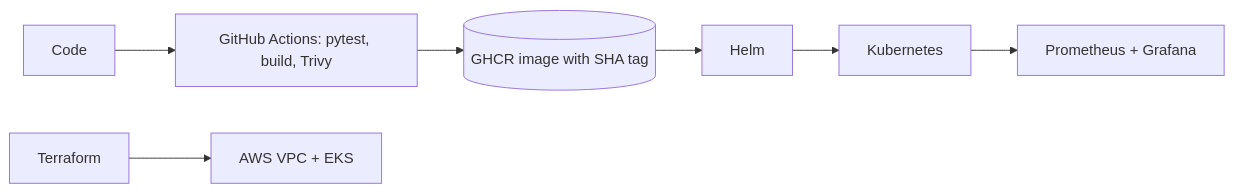
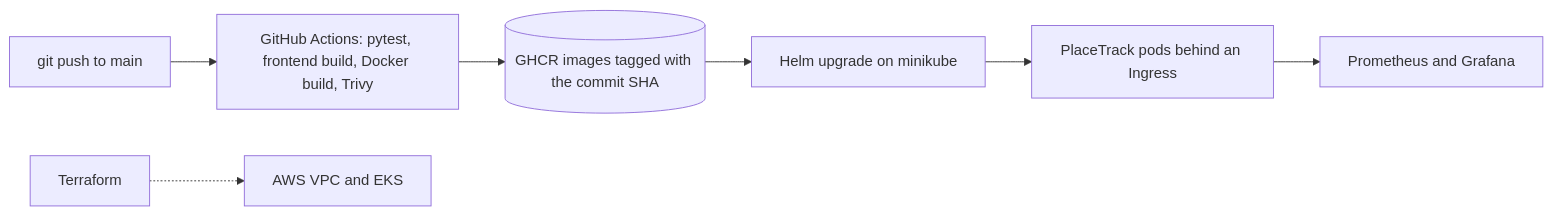
Before and after one commit to Raghavendra1729-cell/placetrack-devops-capstone: the diagram in README.md, drawn with Mermaid. The commit also changed other lines of this file and 2 other files, not shown here.

````diff
--- a/README.md
+++ b/README.md
@@ -9,9 +13,9 @@
 ```mermaid
 flowchart LR
-    Code --> CI[GitHub Actions: pytest, build, Trivy]
-    CI --> R[(GHCR image with SHA tag)]
-    TF[Terraform] --> AWS[AWS VPC + EKS]
-    R --> H[Helm]
-    H --> K[Kubernetes]
-    K --> M[Prometheus + Grafana]
+    Push["git push to main"] --> CI["GitHub Actions: pytest, frontend build, Docker build, Trivy"]
+    CI --> GHCR[("GHCR images tagged with the commit SHA")]
+    GHCR --> Helm["Helm upgrade on minikube"]
+    Helm --> App["PlaceTrack pods behind an Ingress"]
+    App --> Mon["Prometheus and Grafana"]
+    TF["Terraform"] -.-> AWS["AWS VPC and EKS"]
 ```
````
